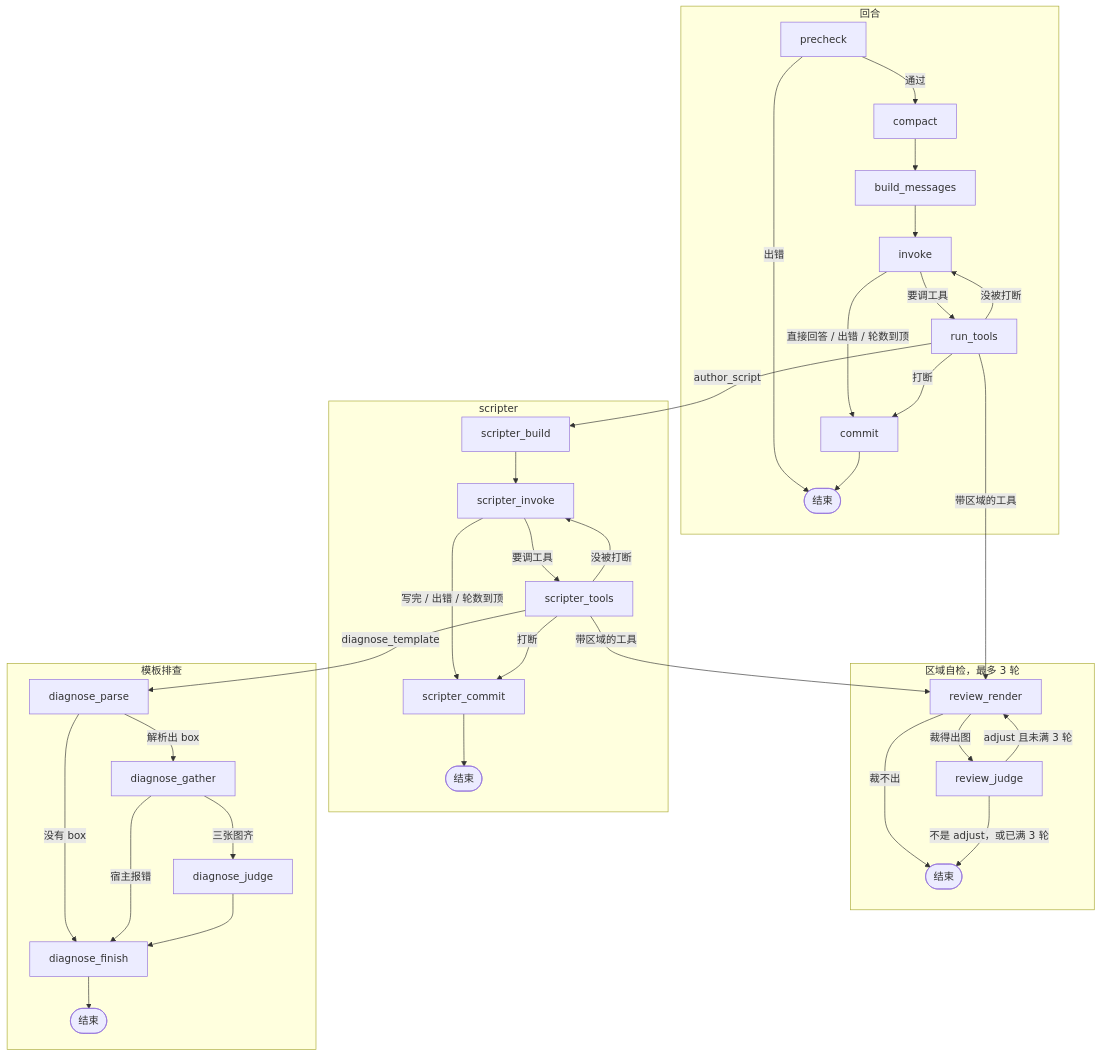
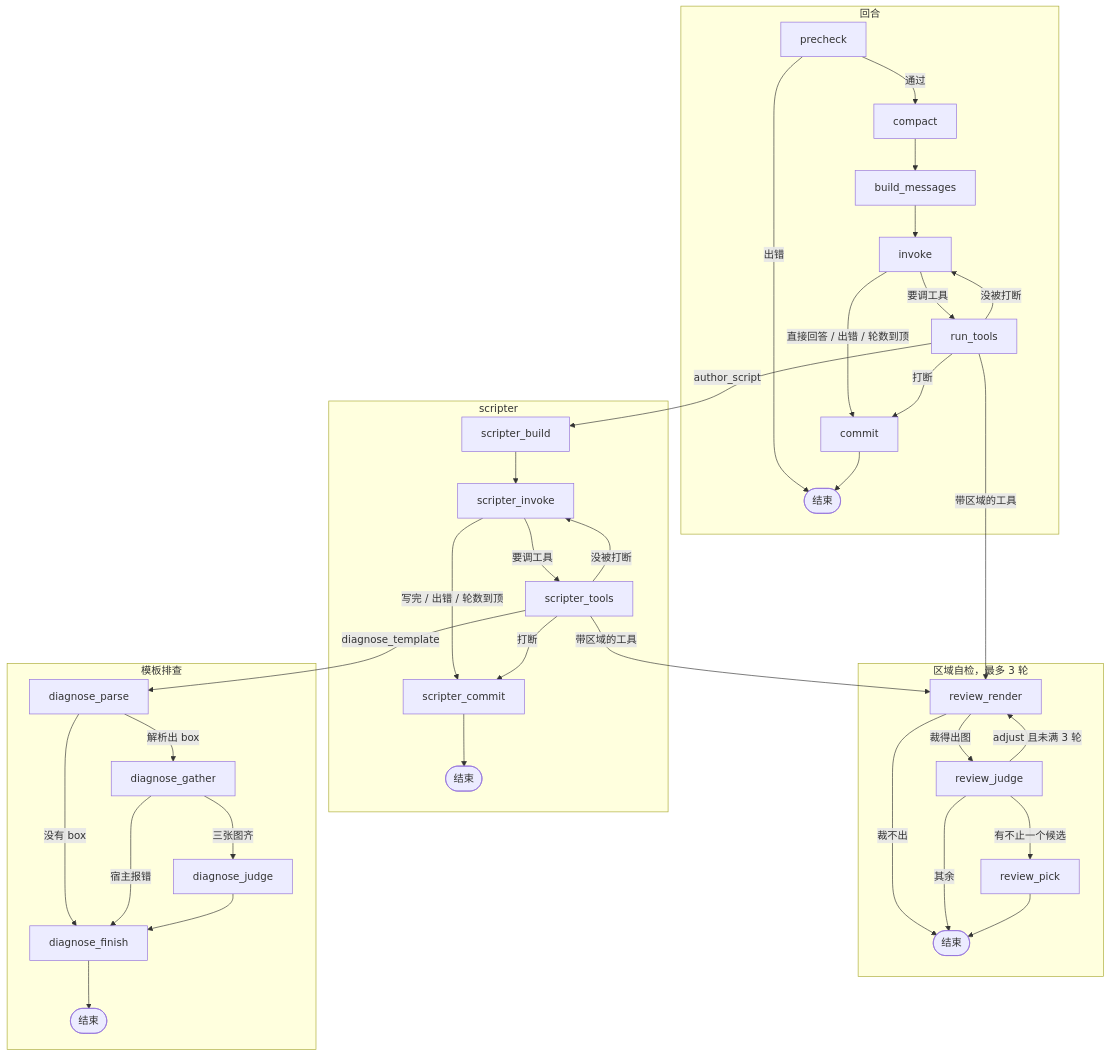
One commit to KeyFicller/CampCat changed the diagram in ReadMe.md. Above: the diagram before and after it, drawn with Mermaid. The commit also changed 7 other files, not shown here.

````diff
--- a/ReadMe.md
+++ b/ReadMe.md
@@ -33,43 +33,45 @@
 ```mermaid
 flowchart TD
   subgraph turn["回合"]
     precheck -->|通过| compact
     precheck -->|出错| turnEnd([结束])
     compact --> build_messages --> invoke
     invoke -->|要调工具| run_tools
     invoke -->|直接回答 / 出错 / 轮数到顶| commit
     run_tools -->|没被打断| invoke
     run_tools -->|打断| commit
     commit --> turnEnd
   end
 
   run_tools -->|author_script| scripter_build
   run_tools -->|带区域的工具| review_render
   scripter_tools -->|diagnose_template| diagnose_parse
   scripter_tools -->|带区域的工具| review_render
 
   subgraph scripter["scripter"]
     scripter_build --> scripter_invoke
     scripter_invoke -->|要调工具| scripter_tools
     scripter_invoke -->|写完 / 出错 / 轮数到顶| scripter_commit
     scripter_tools -->|没被打断| scripter_invoke
     scripter_tools -->|打断| scripter_commit
     scripter_commit --> scripterEnd([结束])
   end
 
   subgraph review["区域自检，最多 3 轮"]
     review_render -->|裁得出图| review_judge
     review_render -->|裁不出| reviewEnd([结束])
     review_judge -->|adjust 且未满 3 轮| review_render
-    review_judge -->|不是 adjust，或已满 3 轮| reviewEnd
+    review_judge -->|有不止一个候选| review_pick
+    review_judge -->|其余| reviewEnd
+    review_pick --> reviewEnd
   end
 
   subgraph diagnose["模板排查"]
     diagnose_parse -->|解析出 box| diagnose_gather
     diagnose_parse -->|没有 box| diagnose_finish
     diagnose_gather -->|三张图齐| diagnose_judge
     diagnose_gather -->|宿主报错| diagnose_finish
     diagnose_judge --> diagnose_finish
     diagnose_finish --> diagnoseEnd([结束])
   end
 ```
````
